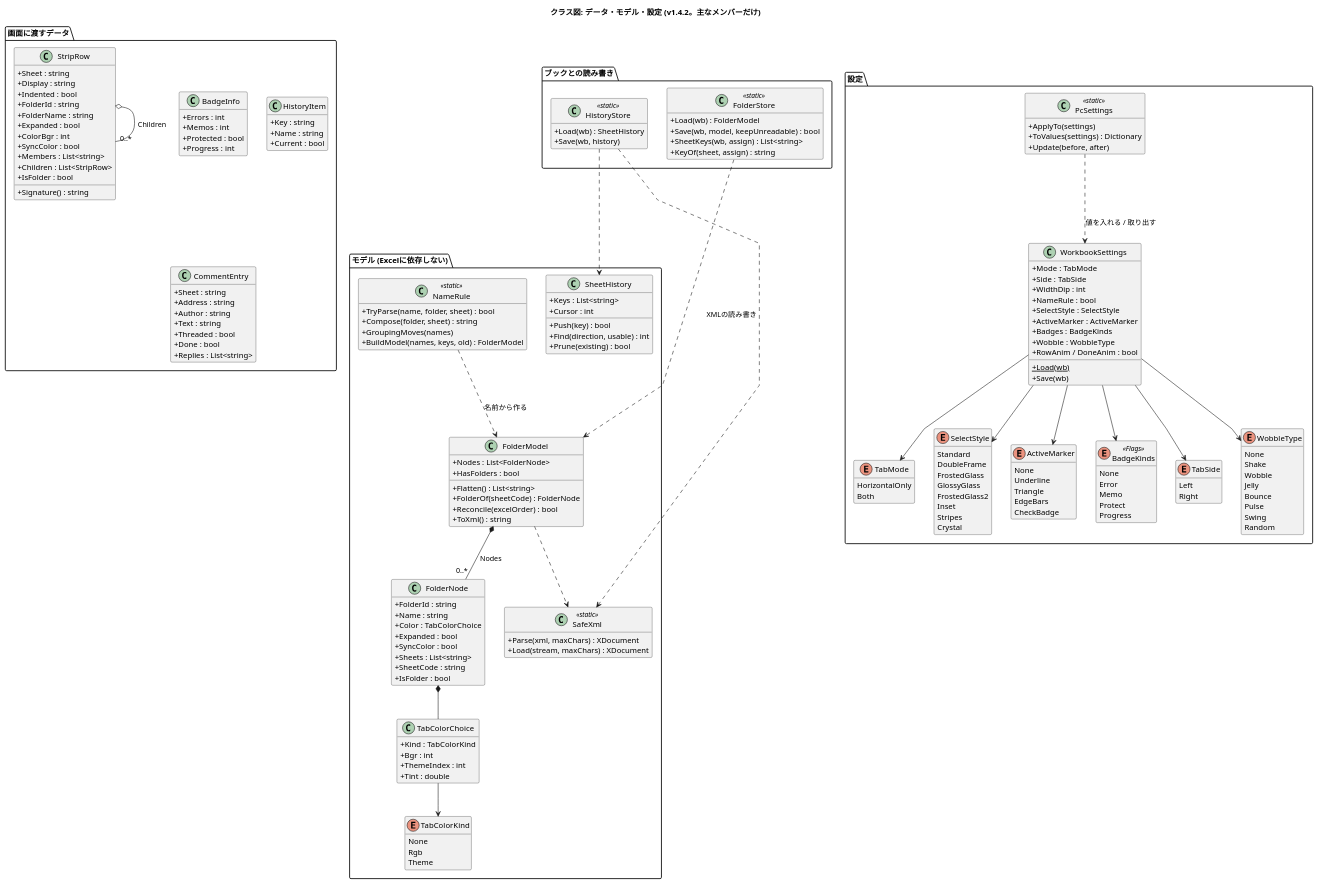
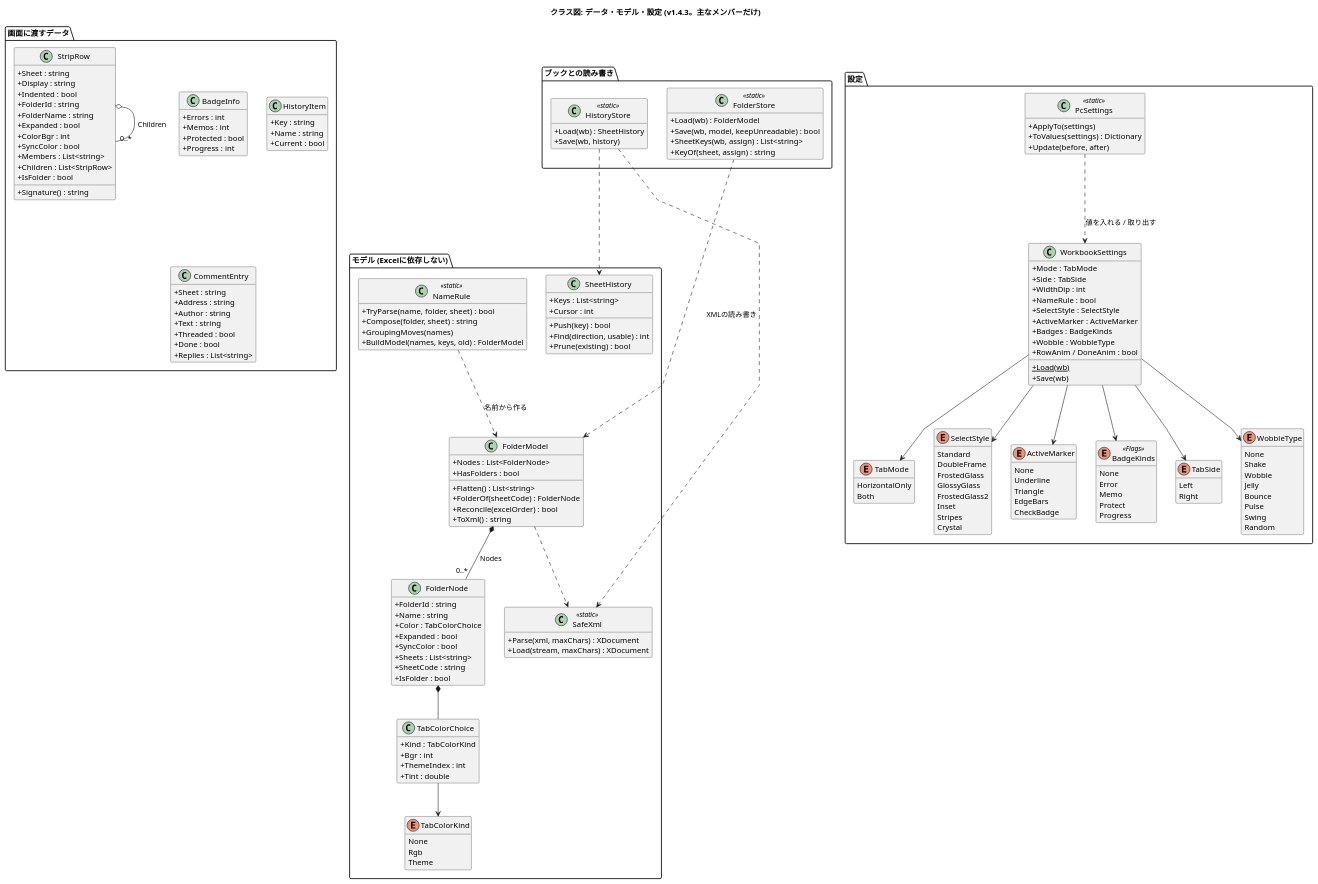
Before and after one commit to nk-taka623/VerticalSheetTabs: the diagram in docs/class-data.puml, drawn with PlantUML. The commit also changed 14 other files, not shown here.

Commit message:
v1.4.3 にする (バージョン、README の変更点、設計図の版数)

```diff
--- a/docs/class-data.puml
+++ b/docs/class-data.puml
@@ -1,188 +1,188 @@
 @startuml
-title クラス図: データ・モデル・設定 (v1.4.2。主なメンバーだけ)
+title クラス図: データ・モデル・設定 (v1.4.3。主なメンバーだけ)
 skinparam shadowing false
 skinparam classAttributeIconSize 0
 skinparam linetype polyline
 hide empty members
 
 package "モデル (Excelに依存しない)" {
   class FolderModel {
     +Nodes : List<FolderNode>
     +HasFolders : bool
     +Flatten() : List<string>
     +FolderOf(sheetCode) : FolderNode
     +Reconcile(excelOrder) : bool
     +ToXml() : string
   }
   class FolderNode {
     +FolderId : string
     +Name : string
     +Color : TabColorChoice
     +Expanded : bool
     +SyncColor : bool
     +Sheets : List<string>
     +SheetCode : string
     +IsFolder : bool
   }
   class TabColorChoice {
     +Kind : TabColorKind
     +Bgr : int
     +ThemeIndex : int
     +Tint : double
   }
   enum TabColorKind {
     None
     Rgb
     Theme
   }
   class SheetHistory {
     +Keys : List<string>
     +Cursor : int
     +Push(key) : bool
     +Find(direction, usable) : int
     +Prune(existing) : bool
   }
   class NameRule <<static>> {
     +TryParse(name, folder, sheet) : bool
     +Compose(folder, sheet) : string
     +GroupingMoves(names)
     +BuildModel(names, keys, old) : FolderModel
   }
   class SafeXml <<static>> {
     +Parse(xml, maxChars) : XDocument
     +Load(stream, maxChars) : XDocument
   }
 }
 
 package "ブックとの読み書き" {
   class FolderStore <<static>> {
     +Load(wb) : FolderModel
     +Save(wb, model, keepUnreadable) : bool
     +SheetKeys(wb, assign) : List<string>
     +KeyOf(sheet, assign) : string
   }
   class HistoryStore <<static>> {
     +Load(wb) : SheetHistory
     +Save(wb, history)
   }
 }
 
 package "設定" {
   class WorkbookSettings {
     +Mode : TabMode
     +Side : TabSide
     +WidthDip : int
     +NameRule : bool
     +SelectStyle : SelectStyle
     +ActiveMarker : ActiveMarker
     +Badges : BadgeKinds
     +Wobble : WobbleType
     +RowAnim / DoneAnim : bool
     +Load(wb) {static}
     +Save(wb)
   }
   class PcSettings <<static>> {
     +ApplyTo(settings)
     +ToValues(settings) : Dictionary
     +Update(before, after)
   }
   enum TabMode {
     HorizontalOnly
     Both
   }
   enum SelectStyle {
     Standard
     DoubleFrame
     FrostedGlass
     GlossyGlass
     FrostedGlass2
     Inset
     Stripes
     Crystal
   }
   enum ActiveMarker {
     None
     Underline
     Triangle
     EdgeBars
     CheckBadge
   }
   enum BadgeKinds <<Flags>> {
     None
     Error
     Memo
     Protect
     Progress
   }
   enum TabSide {
     Left
     Right
   }
   enum WobbleType {
     None
     Shake
     Wobble
     Jelly
     Bounce
     Pulse
     Swing
     Random
   }
 }
 
 package "画面に渡すデータ" {
   class StripRow {
     +Sheet : string
     +Display : string
     +Indented : bool
     +FolderId : string
     +FolderName : string
     +Expanded : bool
     +ColorBgr : int
     +SyncColor : bool
     +Members : List<string>
     +Children : List<StripRow>
     +IsFolder : bool
     +Signature() : string
   }
   class BadgeInfo {
     +Errors : int
     +Memos : int
     +Protected : bool
     +Progress : int
   }
   class HistoryItem {
     +Key : string
     +Name : string
     +Current : bool
   }
   class CommentEntry {
     +Sheet : string
     +Address : string
     +Author : string
     +Text : string
     +Threaded : bool
     +Done : bool
     +Replies : List<string>
   }
 }
 
 FolderModel *-- "0..*" FolderNode : Nodes
 FolderNode *-- TabColorChoice
 TabColorChoice --> TabColorKind
 StripRow o-- "0..*" StripRow : Children
 
 FolderStore ..> FolderModel : XMLの読み書き
 FolderModel ..> SafeXml
 HistoryStore ..> SheetHistory
 HistoryStore ..> SafeXml
 NameRule ..> FolderModel : 名前から作る
 
 WorkbookSettings --> TabMode
 WorkbookSettings --> TabSide
 WorkbookSettings --> SelectStyle
 WorkbookSettings --> ActiveMarker
 WorkbookSettings --> BadgeKinds
 WorkbookSettings --> WobbleType
 PcSettings ..> WorkbookSettings : 値を入れる / 取り出す
 @enduml
```
